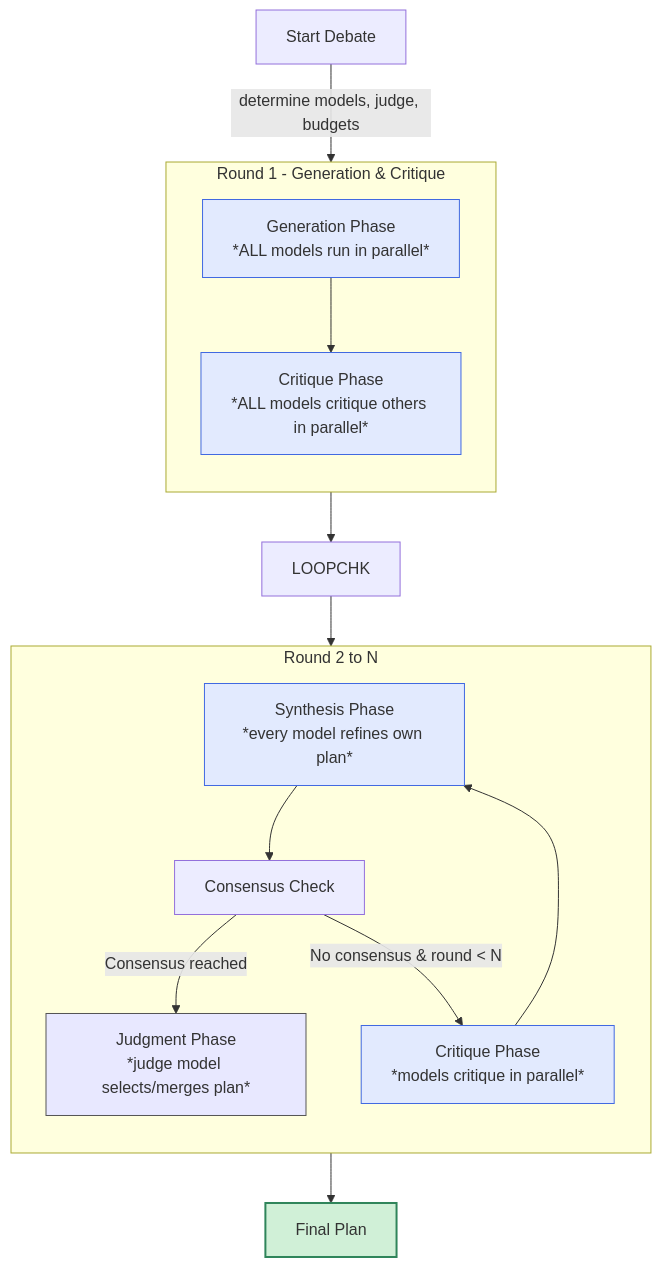
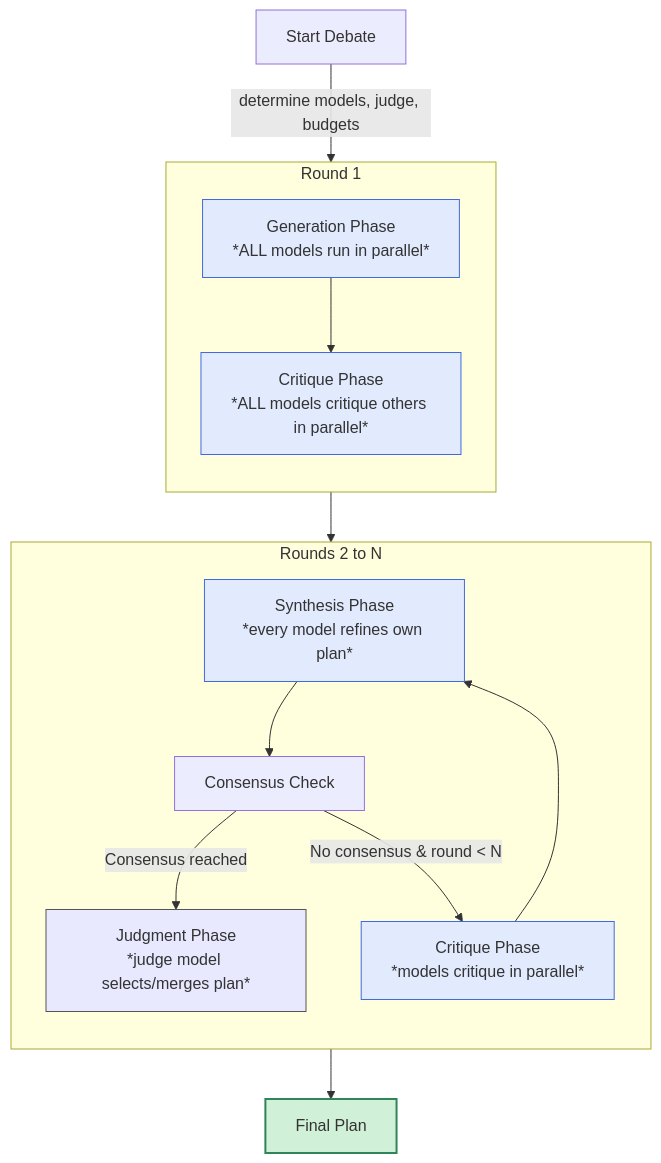
One commit to jalehman/mcp-sage changed the first of 2 diagrams in README.md. Above: the diagram before and after it, drawn with Mermaid. The commit also changed other lines of this file, not shown here.

First line of the commit message:
docs: refine debate flow diagrams for clarity

````diff
--- a/README.md
+++ b/README.md
@@ -74,29 +74,28 @@
 ```mermaid
 flowchart TD
-  S0[Start Debate] -->|determine models, judge, budgets| R1GEN
+  S0[Start Debate] -->|determine models, judge, budgets| R1
 
-  subgraph "Round 1  -  Generation & Critique"
+  subgraph R1["Round 1"]
     direction TB
     R1GEN["Generation Phase<br/>*ALL models run in parallel*"]
     R1GEN --> R1CRIT["Critique Phase<br/>*ALL models critique others in parallel*"]
   end
-  R1CRIT --> LOOPCHK
 
-  subgraph "Round 2 to N"
+  subgraph RN["Rounds 2 to N"]
     direction TB
     SYNTH["Synthesis Phase<br/>*every model refines own plan*"]
     SYNTH --> CONS[Consensus Check]
     CONS -->|Consensus reached| JUDGE
     CONS -->|No consensus & round < N| CRIT["Critique Phase<br/>*models critique in parallel*"]
     CRIT --> SYNTH
   end
-  LOOPCHK --> SYNTH
-
+  
+  R1 --> RN
   JUDGE[Judgment Phase<br/>*judge model selects/merges plan*]
   JUDGE --> FP[Final Plan]
 
   classDef round fill:#e2eafe,stroke:#4169E1;
   class R1GEN,R1CRIT,SYNTH,CRIT round;
   style FP fill:#D0F0D7,stroke:#2F855A,stroke-width:2px
   style JUDGE fill:#E8E8FF,stroke:#555,stroke-width:1px
 ```
````
